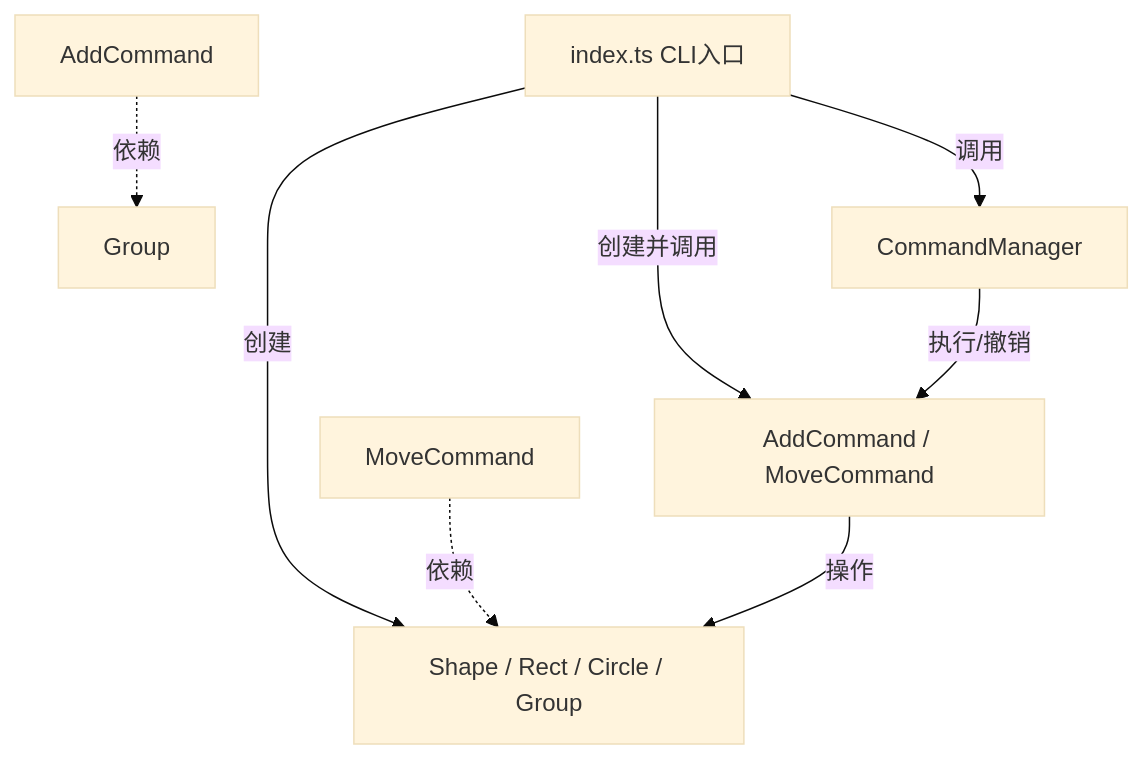
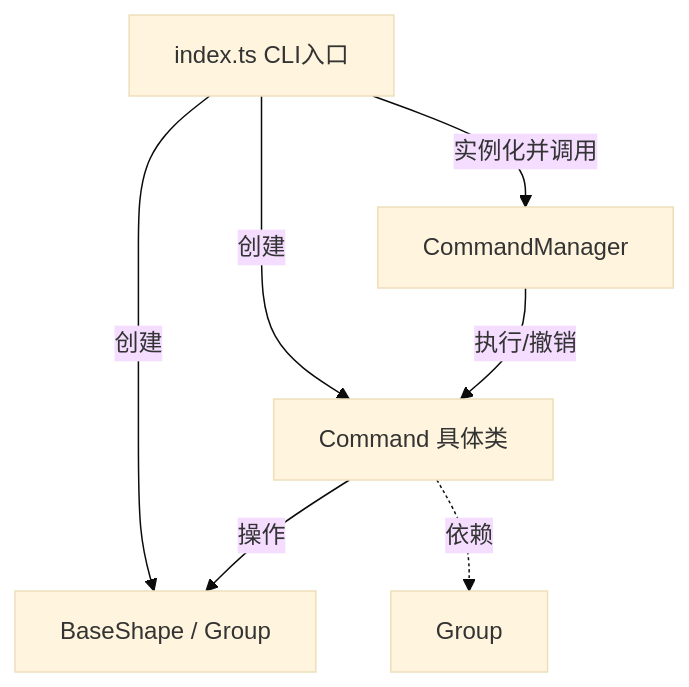
Before and after one commit to Southernwin/svg-pj: the diagram in doc/README.md, drawn with Mermaid (base theme). The commit also changed other lines of this file, not shown here.

````diff
--- a/doc/README.md
+++ b/doc/README.md
@@ -18,10 +18,9 @@
 ```mermaid
 graph TD
-    Index[index.ts CLI入口] -->|创建| Shape[Shape / Rect / Circle / Group]
-    Index -->|创建并调用| Cmd[AddCommand / MoveCommand]
-    Index -->|调用| CM[CommandManager]
+    Index[index.ts CLI入口] -->|实例化并调用| CM[CommandManager]
+    Index -->|创建| Cmd[Command 具体类]
+    Index -->|创建| Shape[BaseShape / Group]
     CM -->|执行/撤销| Cmd
     Cmd -->|操作| Shape
-    AddCommand -.->|依赖| Group
-    MoveCommand -.->|依赖| Shape
+    Cmd -.->|依赖| Group
 ```
````
